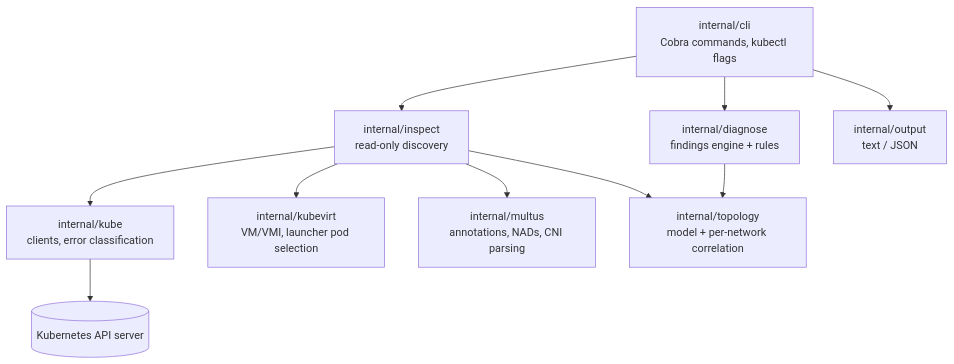
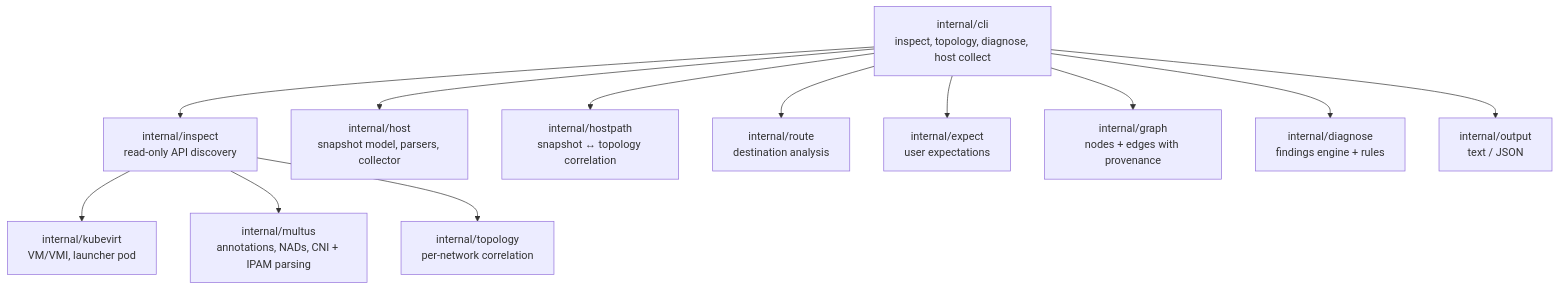
One commit to sudharsanomprakash/kubevirt-netdoctor changed the second of 2 diagrams in README.md. Above: the diagram before and after it, drawn with Mermaid. The commit also changed other lines of this file and 11 other files, not shown here.

````diff
--- a/README.md
+++ b/README.md
@@ -66,12 +74,14 @@
 ```mermaid
 flowchart TB
-    CLI["internal/cli<br/>Cobra commands, kubectl flags"] --> INSPECT["internal/inspect<br/>read-only discovery"]
-    INSPECT --> KUBE["internal/kube<br/>clients, error classification"]
-    INSPECT --> KV["internal/kubevirt<br/>VM/VMI, launcher pod selection"]
-    INSPECT --> MULTUS["internal/multus<br/>annotations, NADs, CNI parsing"]
-    INSPECT --> TOPO["internal/topology<br/>model + per-network correlation"]
+    CLI["internal/cli<br/>inspect, topology, diagnose, host collect"] --> INSPECT["internal/inspect<br/>read-only API discovery"]
+    INSPECT --> KV["internal/kubevirt<br/>VM/VMI, launcher pod"]
+    INSPECT --> MULTUS["internal/multus<br/>annotations, NADs, CNI + IPAM parsing"]
+    INSPECT --> TOPO["internal/topology<br/>per-network correlation"]
+    CLI --> HOST["internal/host<br/>snapshot model, parsers, collector"]
+    CLI --> HP["internal/hostpath<br/>snapshot ↔ topology correlation"]
+    CLI --> ROUTE["internal/route<br/>destination analysis"]
+    CLI --> EXP["internal/expect<br/>user expectations"]
+    CLI --> GRAPH["internal/graph<br/>nodes + edges with provenance"]
     CLI --> DIAG["internal/diagnose<br/>findings engine + rules"]
-    DIAG --> TOPO
     CLI --> OUT["internal/output<br/>text / JSON"]
-    KUBE --> API[(Kubernetes API server)]
 ```
````
